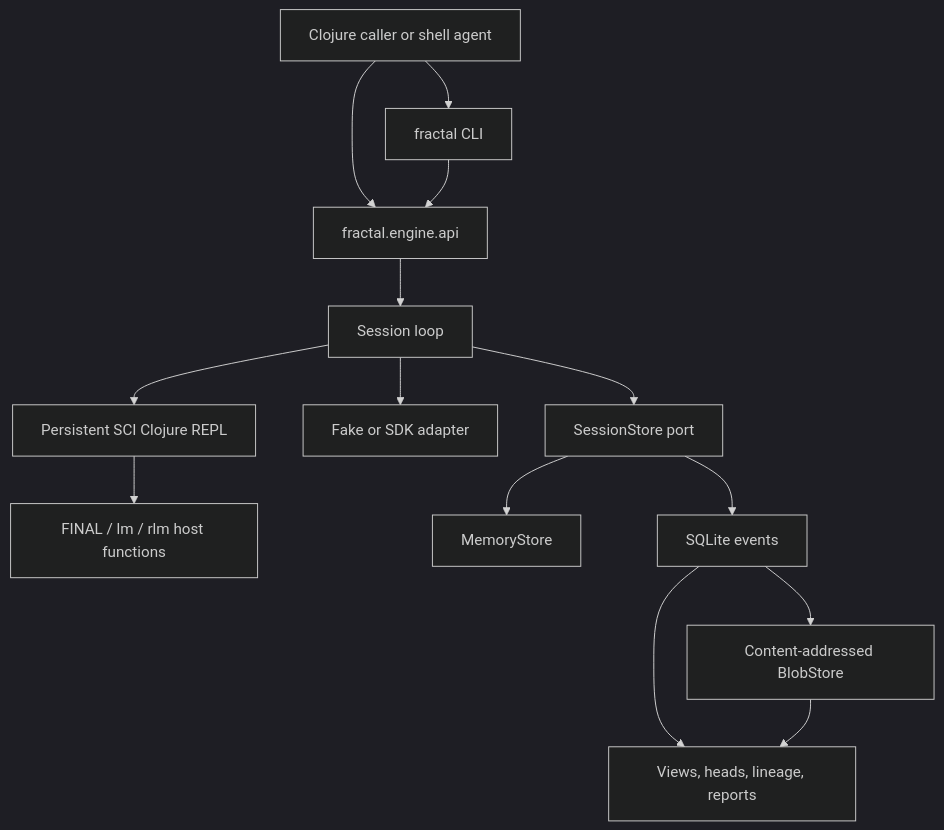
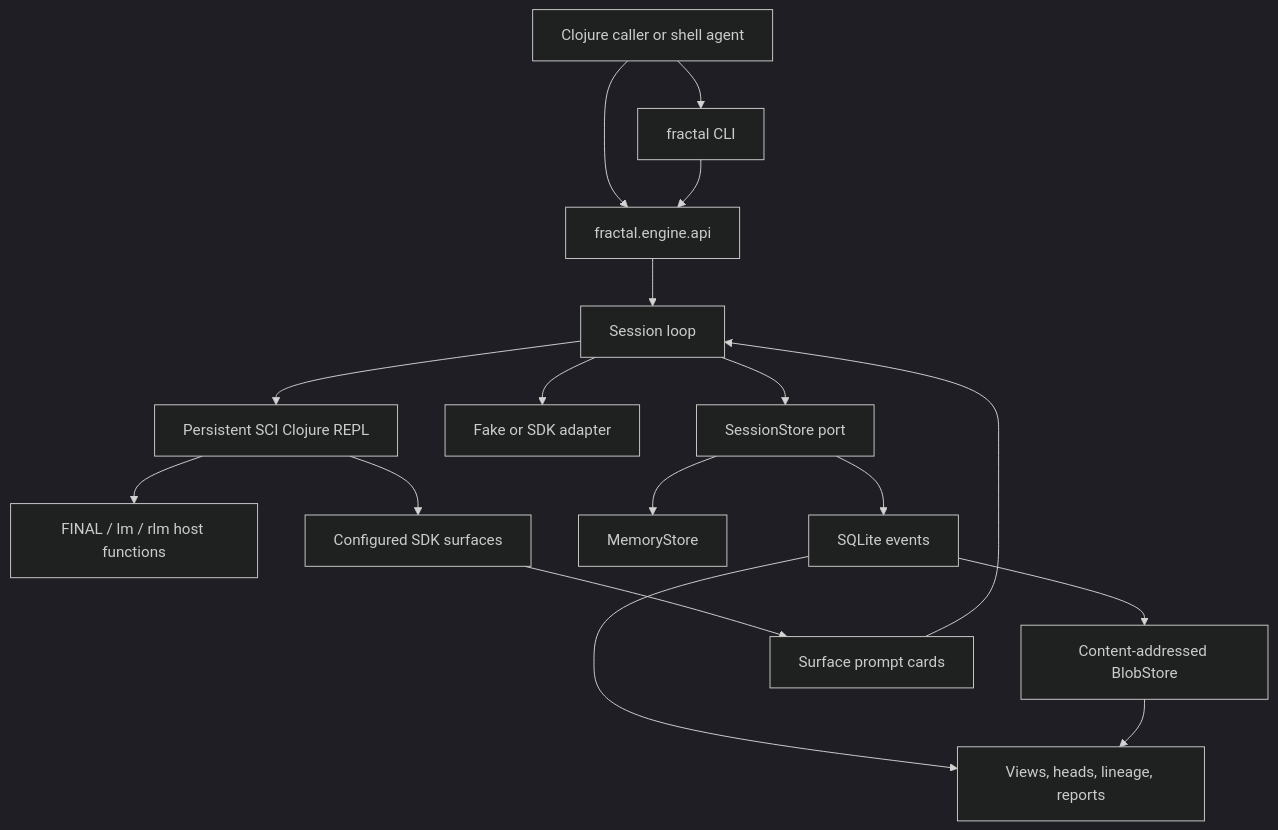
Before and after one commit to DeadMeme5441/fractal-engine: the first of 2 diagrams in docs/README.md, drawn with Mermaid (dark theme). The commit also changed other lines of this file and 34 other files, not shown here.

First line of the commit message:
Add SDK surfaces and prompt injection

````diff
--- a/docs/README.md
+++ b/docs/README.md
@@ -33,16 +33,19 @@
 ```mermaid
 flowchart TB
   U["Clojure caller or shell agent"] --> API["fractal.engine.api"]
   U --> CLI["fractal CLI"]
   CLI --> API
   API --> LOOP["Session loop"]
   LOOP --> REPL["Persistent SCI Clojure REPL"]
   LOOP --> ADAPTER["Fake or SDK adapter"]
   REPL --> HOST["FINAL / lm / rlm host functions"]
+  REPL --> SURFACE["Configured SDK surfaces"]
   LOOP --> STORE["SessionStore port"]
   STORE --> MEM["MemoryStore"]
   STORE --> SQL["SQLite events"]
   SQL --> BLOB["Content-addressed BlobStore"]
   SQL --> VIEWS["Views, heads, lineage, reports"]
   BLOB --> VIEWS
+  SURFACE --> PROMPT["Surface prompt cards"]
+  PROMPT --> LOOP
 ```
````
